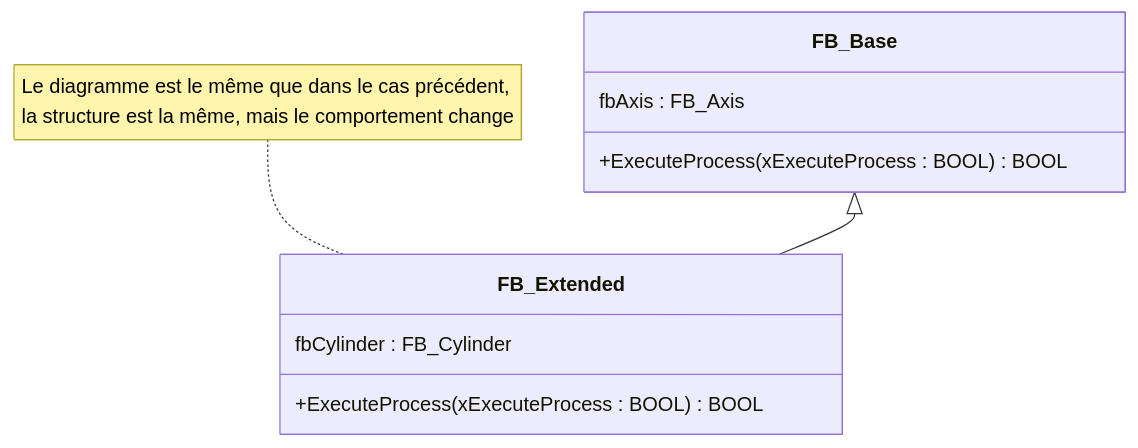
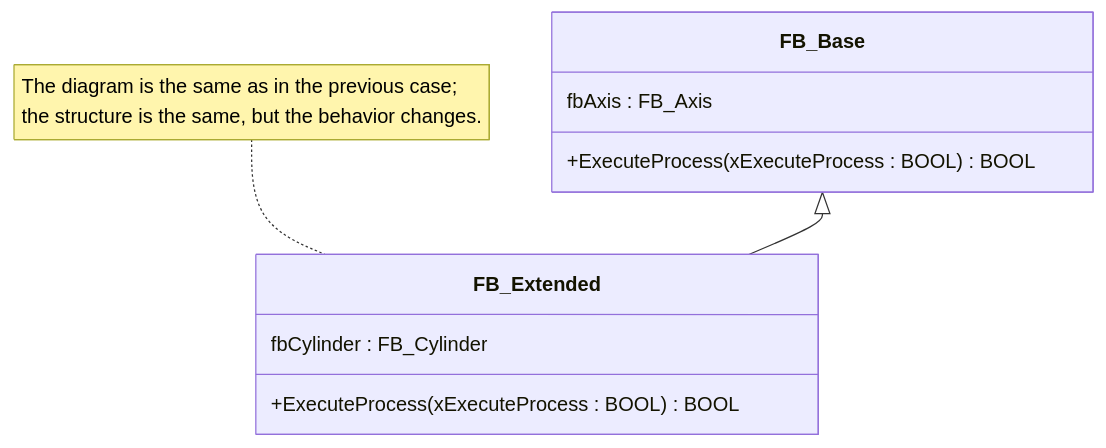
Before and after one commit to hei-synd-aaut/aaut-docs: the sixth of 8 diagrams in AAut_MOD_01_IEC_61131_OOP_Introduction/README Reference.md, drawn with Mermaid. The commit also changed other lines of this file and 1 other file, not shown here.

````diff
--- a/AAut_MOD_01_IEC_61131_OOP_Introduction/README Reference.md
+++ b/AAut_MOD_01_IEC_61131_OOP_Introduction/README Reference.md
@@ -902,17 +902,17 @@
 ```mermaid
 classDiagram
     class FB_Base {
         fbAxis : FB_Axis
         +ExecuteProcess(xExecuteProcess : BOOL) BOOL
     }
     
     class FB_Extended {
         fbCylinder : FB_Cylinder
         +ExecuteProcess(xExecuteProcess : BOOL) BOOL
     }
 
     FB_Base <|-- FB_Extended
 
-note for FB_Extended "Le diagramme est le même que dans le cas précédent,
-la structure est la même, mais le comportement change"  
+note for FB_Extended "The diagram is the same as in the previous case;
+the structure is the same, but the behavior changes."  
 ```
````
